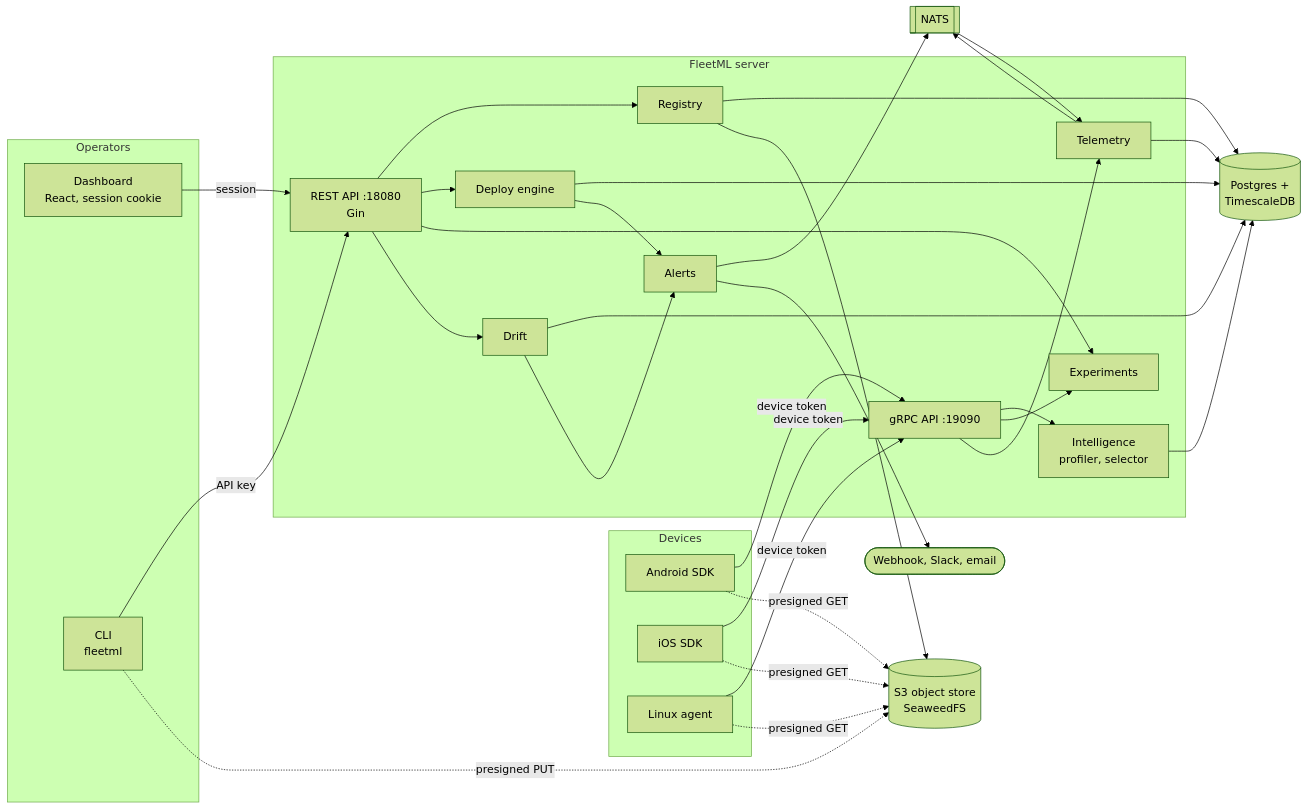
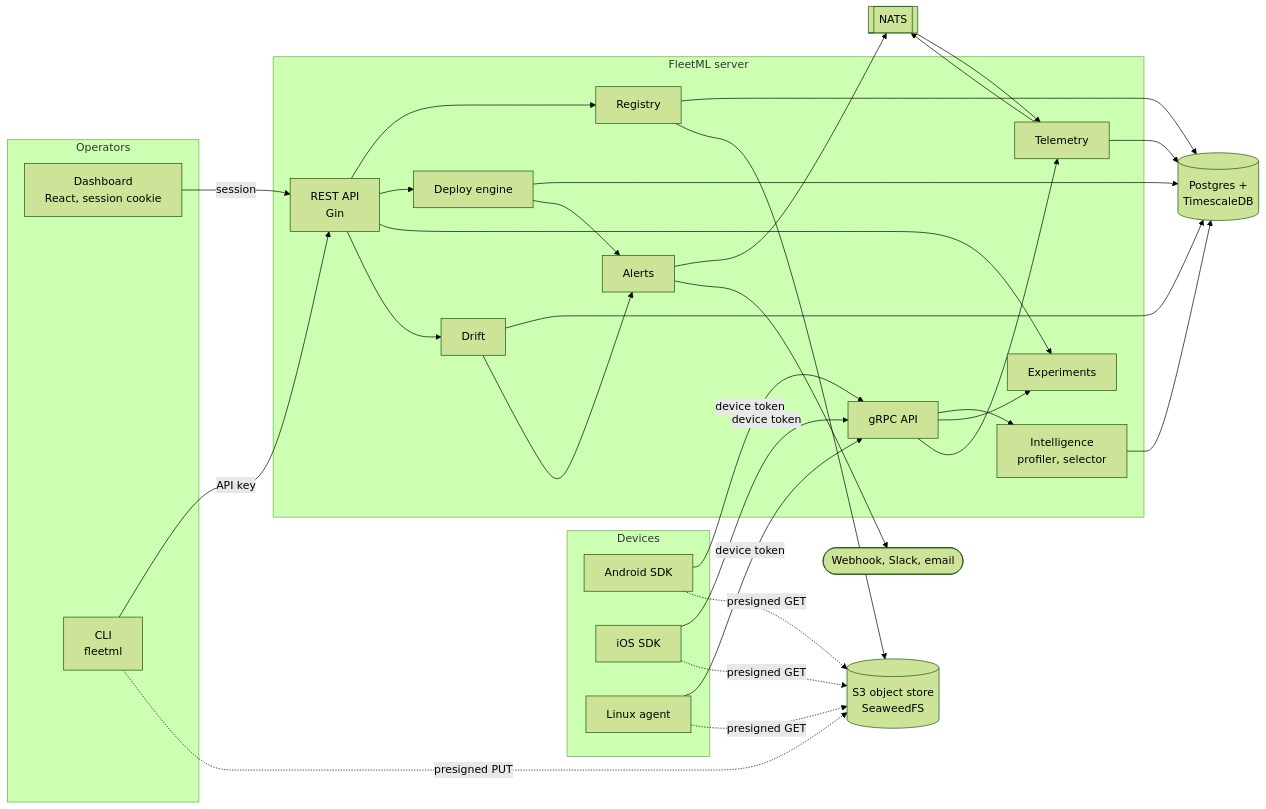
The first of 8 diagrams in docs/ARCHITECTURE.md (fleetml/fleetml), drawn with Mermaid (forest theme) before and after one commit. The commit also changed 13 other files, not shown here.

````diff
--- a/docs/ARCHITECTURE.md
+++ b/docs/ARCHITECTURE.md
@@ -6,47 +6,47 @@
 ```mermaid
 flowchart LR
   subgraph clients[Operators]
     dash[Dashboard<br/>React, session cookie]
     cli[CLI<br/>fleetml]
   end
   subgraph devices[Devices]
     android[Android SDK]
     ios[iOS SDK]
     agent[Linux agent]
   end
   subgraph server[FleetML server]
-    rest[REST API :18080<br/>Gin]
-    grpc[gRPC API :19090]
+    rest[REST API<br/>Gin]
+    grpc[gRPC API]
     reg[Registry]
     dep[Deploy engine]
     intel[Intelligence<br/>profiler, selector]
     exp[Experiments]
     tel[Telemetry]
     drift[Drift]
     alert[Alerts]
   end
   pg[(Postgres +<br/>TimescaleDB)]
   s3[(S3 object store<br/>SeaweedFS)]
   nats[[NATS]]
   hook([Webhook, Slack, email])
 
   dash -- session --> rest
   cli -- API key --> rest
   android -- device token --> grpc
   ios -- device token --> grpc
   agent -- device token --> grpc
   android -. presigned GET .-> s3
   ios -. presigned GET .-> s3
   agent -. presigned GET .-> s3
   cli -. presigned PUT .-> s3
   rest --> reg & dep & exp & drift
   grpc --> intel & exp & tel
   reg --> pg & s3
   dep --> pg
   intel --> pg
   tel --> nats --> tel
   tel --> pg
   drift --> pg
   dep & drift --> alert
   alert --> nats & hook
 ```
````
